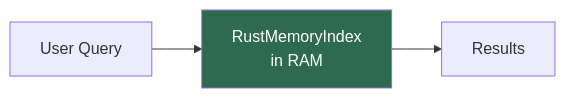
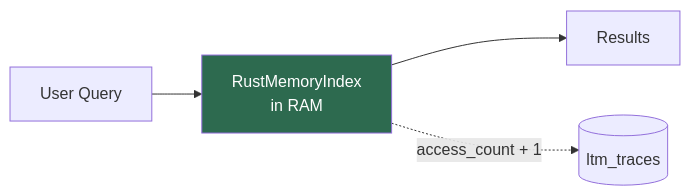
Before and after one commit to Magic-Man-us/MemoryCore: the third of 5 diagrams in docs/architecture.md, drawn with Mermaid. The commit also changed other lines of this file and 37 other files, not shown here.

````diff
--- a/docs/architecture.md
+++ b/docs/architecture.md
@@ -41,6 +46,7 @@
 ```mermaid
 flowchart LR
     Q[User Query] --> Rust[RustMemoryIndex<br>in RAM]
     Rust --> R[Results]
+    Rust -.->|access_count + 1| DB[(ltm_traces)]
     style Rust fill:#2d6a4f,color:#fff
 ```
````
